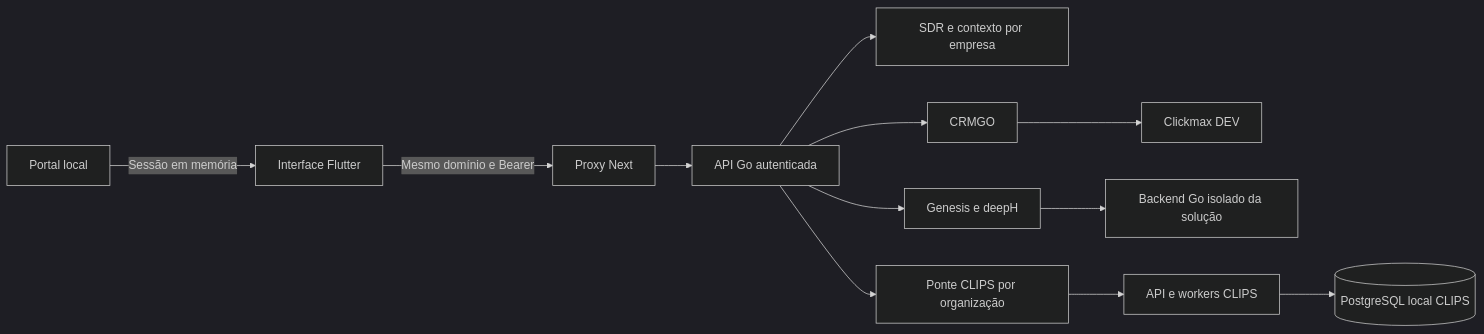
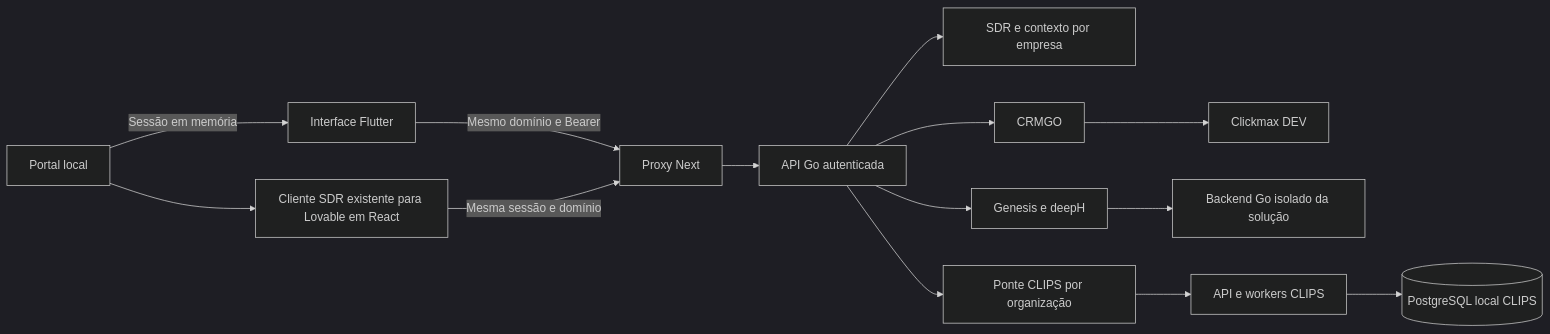
One commit to tom-lisboa/ArkomGO changed the diagram in docs/mermaid/03-ecosistema-local-flutter.mmd. Above: the diagram before and after it, drawn with Mermaid (dark theme). The commit also changed 17 other files, not shown here.

```diff
--- a/docs/mermaid/03-ecosistema-local-flutter.mmd
+++ b/docs/mermaid/03-ecosistema-local-flutter.mmd
@@ -1,12 +1,14 @@
 flowchart LR
   P[Portal local] -->|Sessão em memória| F[Interface Flutter]
   F -->|Mesmo domínio e Bearer| N[Proxy Next]
+  P --> L[Cliente SDR existente para Lovable em React]
+  L -->|Mesma sessão e domínio| N
   N --> A[API Go autenticada]
   A --> S[SDR e contexto por empresa]
   A --> C[CRMGO]
   C --> D[Clickmax DEV]
   A --> H[Genesis e deepH]
   H --> R[Backend Go isolado da solução]
   A --> V[Ponte CLIPS por organização]
   V --> W[API e workers CLIPS]
   W --> B[(PostgreSQL local CLIPS)]
```
